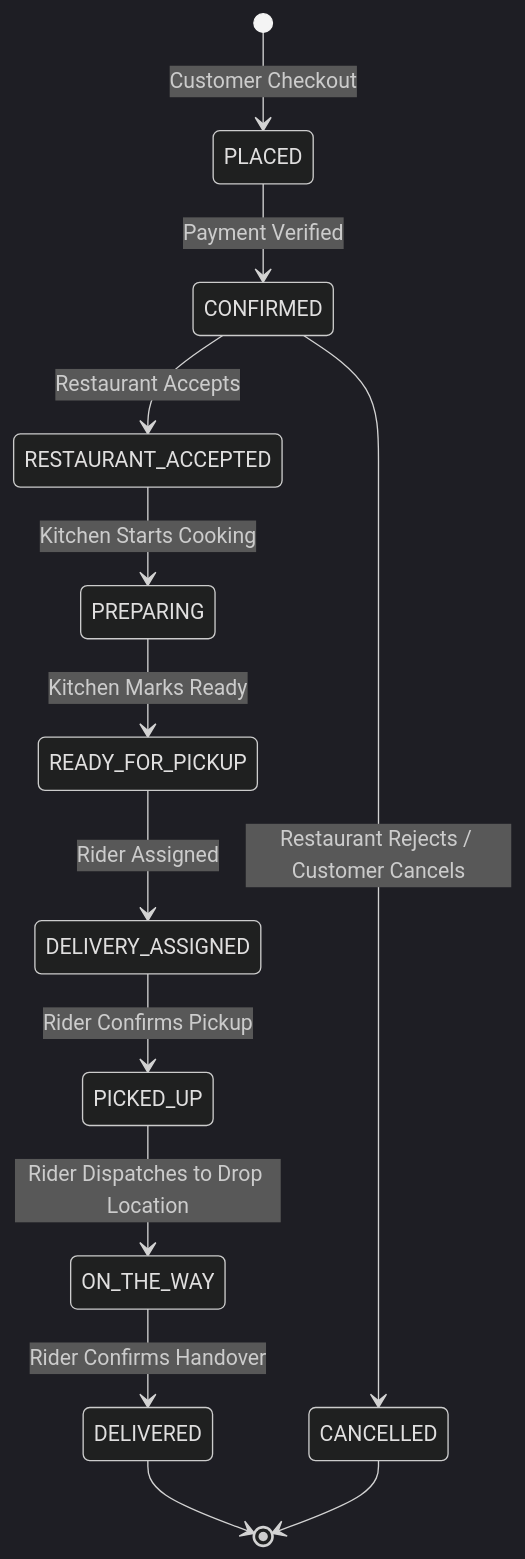
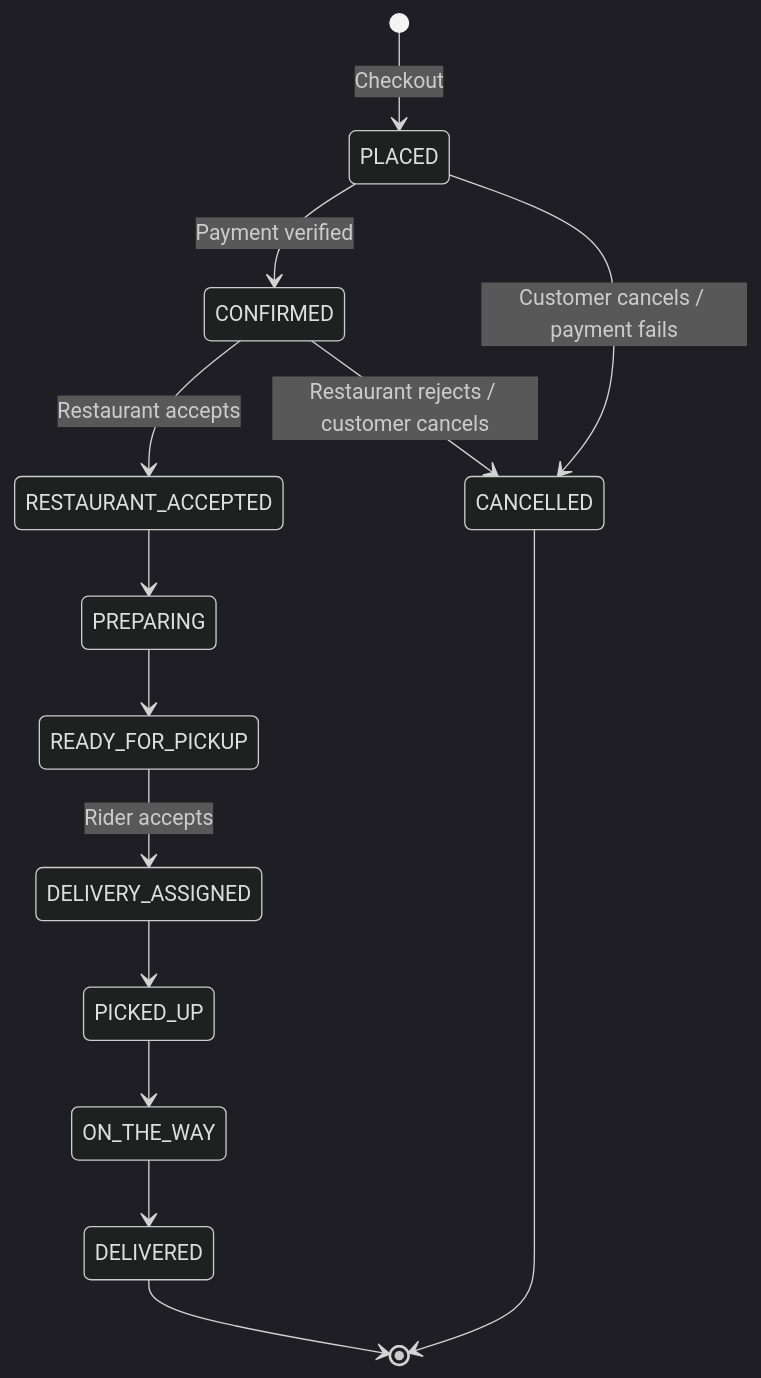
One commit to mohammedanas08/ZESTORA---Food-Mart changed the second of 3 diagrams in ARCHITECTURE.md. Above: the diagram before and after it, drawn with Mermaid (dark theme). The commit also changed other lines of this file and 144 other files, not shown here.

````diff
--- a/ARCHITECTURE.md
+++ b/ARCHITECTURE.md
@@ -45,15 +132,16 @@
 ```mermaid
 stateDiagram-v2
-    [*] --> PLACED: Customer Checkout
-    PLACED --> CONFIRMED: Payment Verified
-    CONFIRMED --> RESTAURANT_ACCEPTED: Restaurant Accepts
-    CONFIRMED --> CANCELLED: Restaurant Rejects / Customer Cancels
-    RESTAURANT_ACCEPTED --> PREPARING: Kitchen Starts Cooking
-    PREPARING --> READY_FOR_PICKUP: Kitchen Marks Ready
-    READY_FOR_PICKUP --> DELIVERY_ASSIGNED: Rider Assigned
-    DELIVERY_ASSIGNED --> PICKED_UP: Rider Confirms Pickup
-    PICKED_UP --> ON_THE_WAY: Rider Dispatches to Drop Location
-    ON_THE_WAY --> DELIVERED: Rider Confirms Handover
+    [*] --> PLACED: Checkout
+    PLACED --> CONFIRMED: Payment verified
+    PLACED --> CANCELLED: Customer cancels / payment fails
+    CONFIRMED --> RESTAURANT_ACCEPTED: Restaurant accepts
+    CONFIRMED --> CANCELLED: Restaurant rejects / customer cancels
+    RESTAURANT_ACCEPTED --> PREPARING
+    PREPARING --> READY_FOR_PICKUP
+    READY_FOR_PICKUP --> DELIVERY_ASSIGNED: Rider accepts
+    DELIVERY_ASSIGNED --> PICKED_UP
+    PICKED_UP --> ON_THE_WAY
+    ON_THE_WAY --> DELIVERED
     DELIVERED --> [*]
     CANCELLED --> [*]
 ```
````
